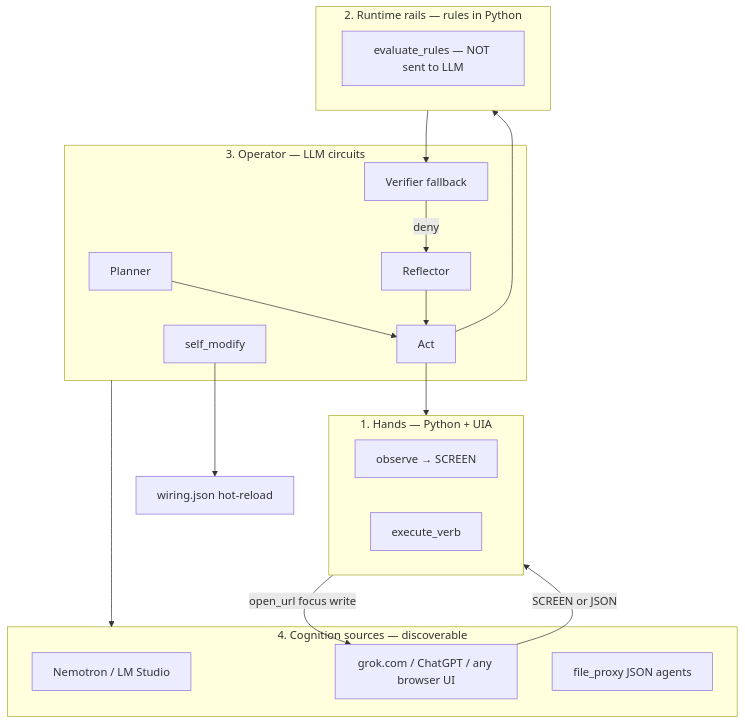
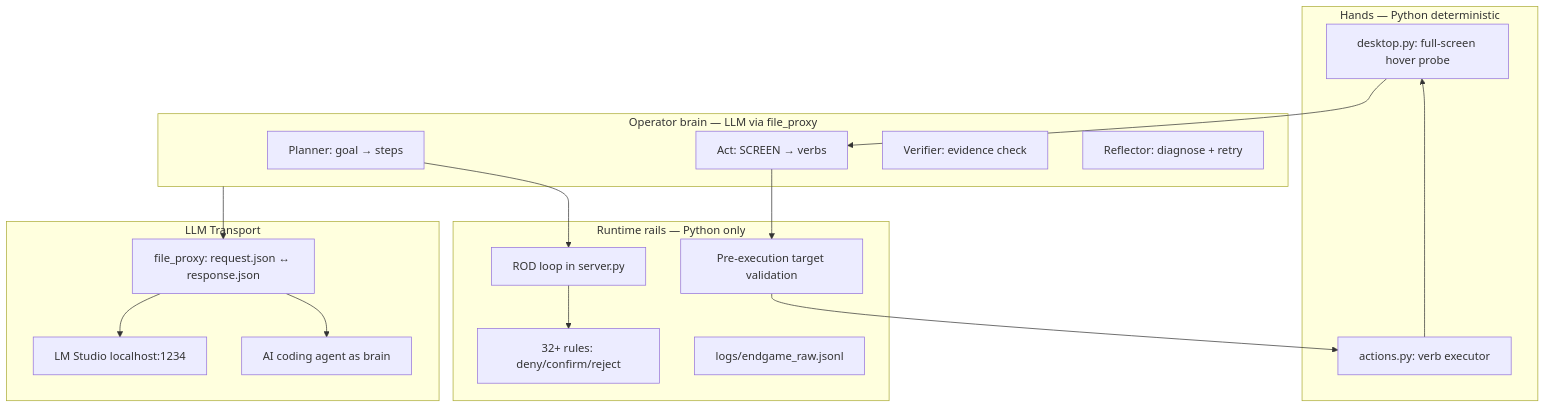
One commit to wgabrys88/endgame-ai changed the first of 2 diagrams in README.md. Above: the diagram before and after it, drawn with Mermaid. The commit also changed other lines of this file, not shown here.

First line of the commit message:
milestone: README rewrite — proven architecture, AI agent brain prompt, realistic diagrams

````diff
--- a/README.md
+++ b/README.md
@@ -87,33 +42,35 @@
 ```mermaid
 flowchart TB
-    subgraph Hands["1. Hands — Python + UIA"]
-        OBS[observe → SCREEN]
-        ACT[execute_verb]
+    subgraph Hands["Hands — Python deterministic"]
+        OBS[desktop.py: full-screen hover probe]
+        EXEC[actions.py: verb executor]
     end
 
-    subgraph Runtime["2. Runtime rails — rules in Python"]
-        RL[evaluate_rules — NOT sent to LLM]
+    subgraph Runtime["Runtime rails — Python only"]
+        ROD[ROD loop in server.py]
+        RULES[32+ rules: deny/confirm/reject]
+        LOG[logs/endgame_raw.jsonl]
+        VALID[Pre-execution target validation]
     end
 
-    subgraph Operator["3. Operator — LLM circuits"]
-        PL[Planner]
-        AC[Act]
-        VF[Verifier fallback]
-        RF[Reflector]
-        SM[self_modify]
+    subgraph Brain["Operator brain — LLM via file_proxy"]
+        PLAN[Planner: goal → steps]
+        ACT[Act: SCREEN → verbs]
+        VER[Verifier: evidence check]
+        REF[Reflector: diagnose + retry]
     end
 
-    subgraph Cognition["4. Cognition sources — discoverable"]
-        NEM[Nemotron / LM Studio]
-        WEB[grok.com / ChatGPT / any browser UI]
-        FP[file_proxy JSON agents]
+    subgraph Transport["LLM Transport"]
+        FP[file_proxy: request.json ↔ response.json]
+        LMS[LM Studio localhost:1234]
+        AGENT[AI coding agent as brain]
     end
 
-    PL --> AC --> Hands
-    AC --> Runtime --> VF
-    VF -->|deny| RF --> AC
-    SM --> WIRING[wiring.json hot-reload]
-    Operator --> Cognition
-    Hands -->|open_url focus write| WEB
-    WEB -->|SCREEN or JSON| Hands
+    OBS --> ACT
+    ACT --> VALID --> EXEC --> OBS
+    PLAN --> ROD
+    ROD --> RULES
+    Brain --> FP
+    FP --> LMS
+    FP --> AGENT
 ```
````
